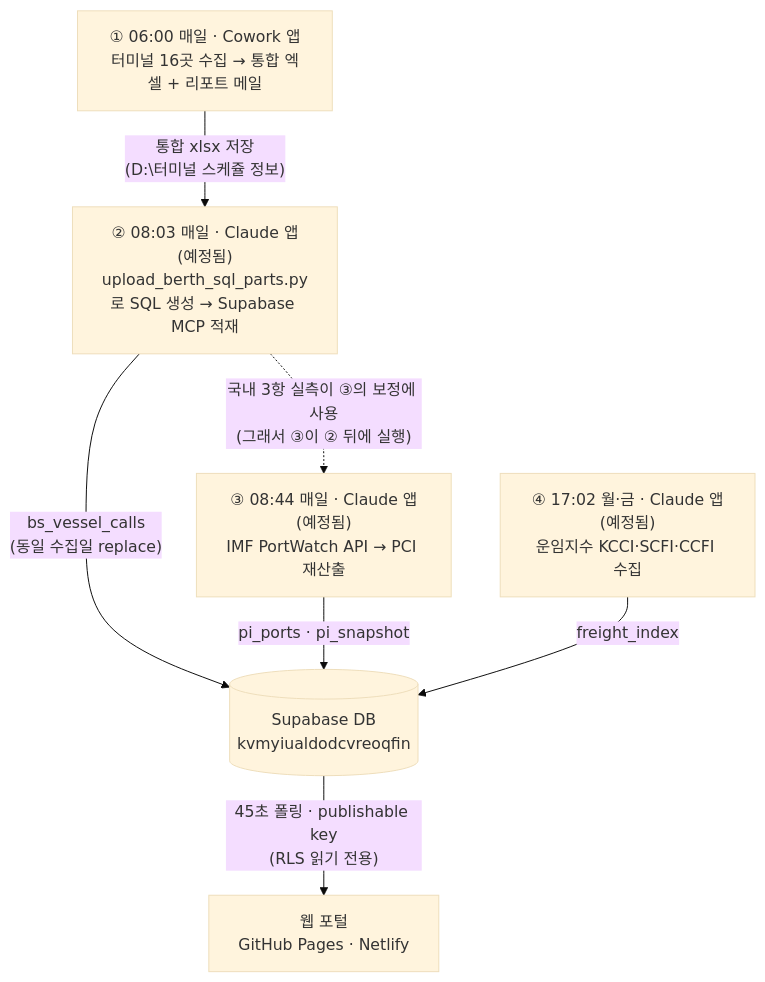
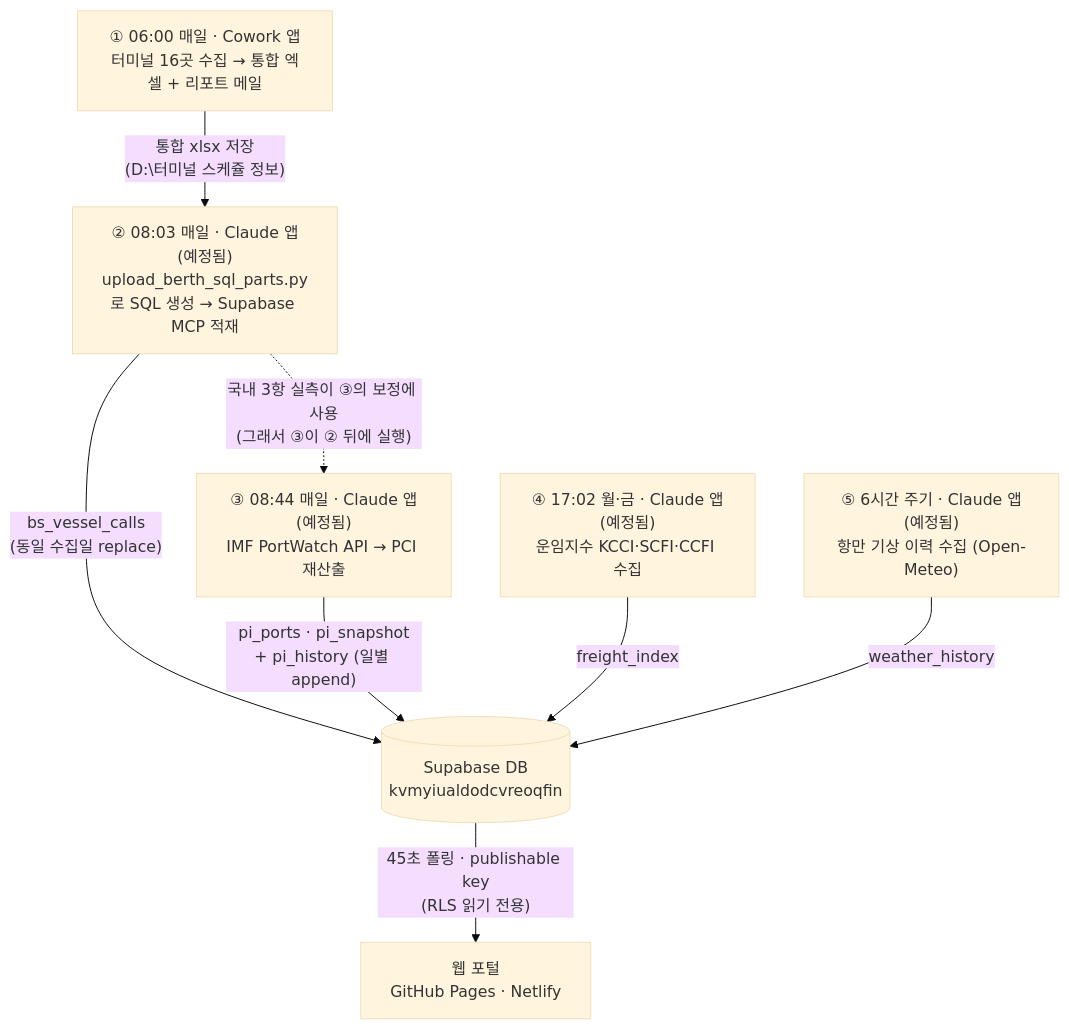
The diagram in docs/06-operations/스케줄러_체계.md (sitditrd/AI_SCM), drawn with Mermaid (base theme) before and after one commit. The commit also changed other lines of this file and 3 other files, not shown here.

First line of the commit message:
예측 분석 Phase 1 — 이력 축적 파이프라인 (pi_history·weather_history)

````diff
--- a/docs/06-operations/스케줄러_체계.md
+++ b/docs/06-operations/스케줄러_체계.md
@@ -6,13 +6,15 @@
 ```mermaid
 flowchart TB
     A["① 06:00 매일 · Cowork 앱<br/>터미널 16곳 수집 → 통합 엑셀 + 리포트 메일"]
     A -- "통합 xlsx 저장<br/>(D:\터미널 스케쥴 정보)" --> B
     B["② 08:03 매일 · Claude 앱(예정됨)<br/>upload_berth_sql_parts.py로 SQL 생성 → Supabase MCP 적재"]
     C["③ 08:44 매일 · Claude 앱(예정됨)<br/>IMF PortWatch API → PCI 재산출"]
     D["④ 17:02 월·금 · Claude 앱(예정됨)<br/>운임지수 KCCI·SCFI·CCFI 수집"]
+    E["⑤ 6시간 주기 · Claude 앱(예정됨)<br/>항만 기상 이력 수집 (Open-Meteo)"]
     B -- "bs_vessel_calls<br/>(동일 수집일 replace)" --> S[("Supabase DB<br/>kvmyiualdodcvreoqfin")]
-    C -- "pi_ports · pi_snapshot" --> S
+    C -- "pi_ports · pi_snapshot<br/>+ pi_history (일별 append)" --> S
     D -- "freight_index" --> S
+    E -- "weather_history" --> S
     B -. "국내 3항 실측이 ③의 보정에 사용<br/>(그래서 ③이 ② 뒤에 실행)" .-> C
     S -- "45초 폴링 · publishable key<br/>(RLS 읽기 전용)" --> W["웹 포털<br/>GitHub Pages · Netlify"]
 ```
````
